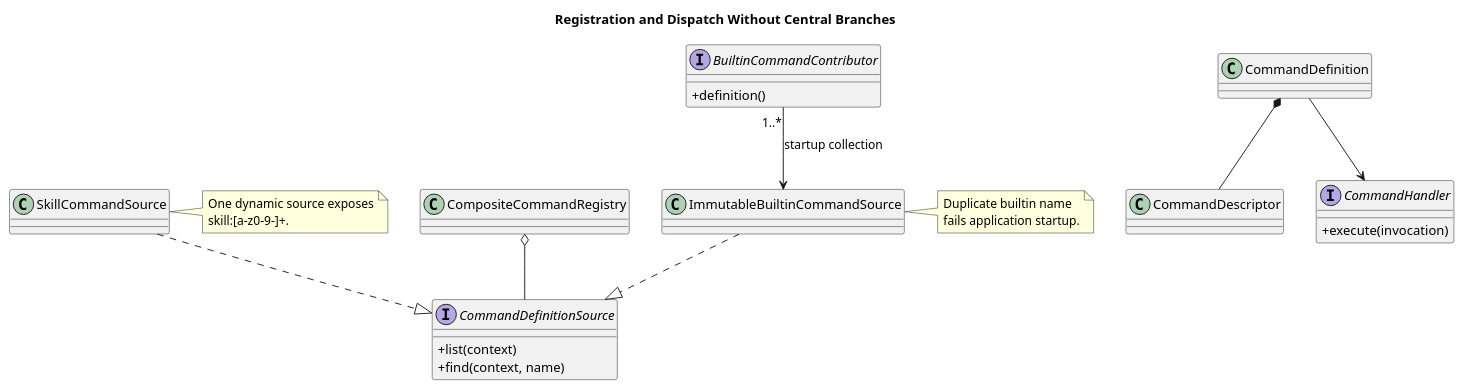
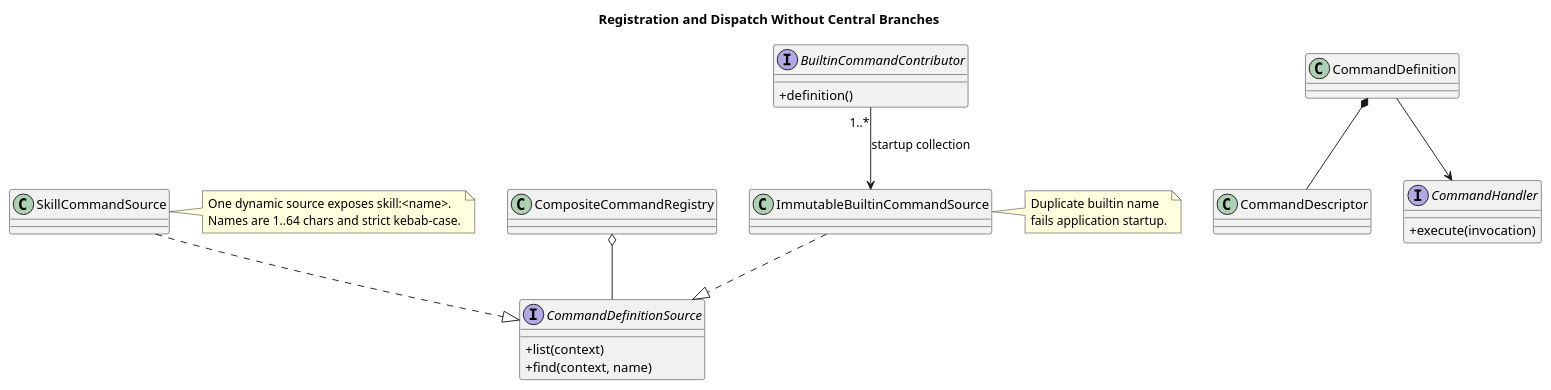
One commit to ssm0808/pi-mono-java-design changed the second of 4 diagrams in 04-命令与技能/00-Slash-Command通用模块/设计图/diagram.puml. Above: the diagram before and after it, drawn with PlantUML. The commit also changed 20 other files, not shown here.

```diff
--- a/04-命令与技能/00-Slash-Command通用模块/设计图/diagram.puml
+++ b/04-命令与技能/00-Slash-Command通用模块/设计图/diagram.puml
@@ -35,43 +35,43 @@
 @startuml command_registration
 title Registration and Dispatch Without Central Branches
 skinparam classAttributeIconSize 0
 skinparam shadowing false
 
 ' Source evidence: pi-mono-java@c1311f69 mate-campusclaw/src/main/java/com/huawei/hicampus/mate/matecampusclaw/codingagent/command/SlashCommandRegistry.java:22-37
 ' Source evidence: opencode@849c2598 packages/opencode/src/command/index.ts:65-169
 ' Observed behavior: current registries aggregate definitions by name and detect or skip collisions.
 ' Target design: builtins fail startup on duplicates while skills occupy the skill: namespace.
 
 interface CommandDefinitionSource {
   +list(context)
   +find(context, name)
 }
 interface BuiltinCommandContributor {
   +definition()
 }
 class ImmutableBuiltinCommandSource
 class SkillCommandSource
 class CompositeCommandRegistry
 class CommandDefinition
 class CommandDescriptor
 interface CommandHandler {
   +execute(invocation)
 }
 
 BuiltinCommandContributor "1..*" --> ImmutableBuiltinCommandSource : startup collection
 ImmutableBuiltinCommandSource ..|> CommandDefinitionSource
 SkillCommandSource ..|> CommandDefinitionSource
 CompositeCommandRegistry o-- CommandDefinitionSource
 CommandDefinition *-- CommandDescriptor
 CommandDefinition --> CommandHandler
 
 note right of ImmutableBuiltinCommandSource
 Duplicate builtin name
 fails application startup.
 end note
 
 note right of SkillCommandSource
-One dynamic source exposes
-skill:[a-z0-9-]+.
+One dynamic source exposes skill:<name>.
+Names are 1..64 chars and strict kebab-case.
 end note
 @enduml
```
